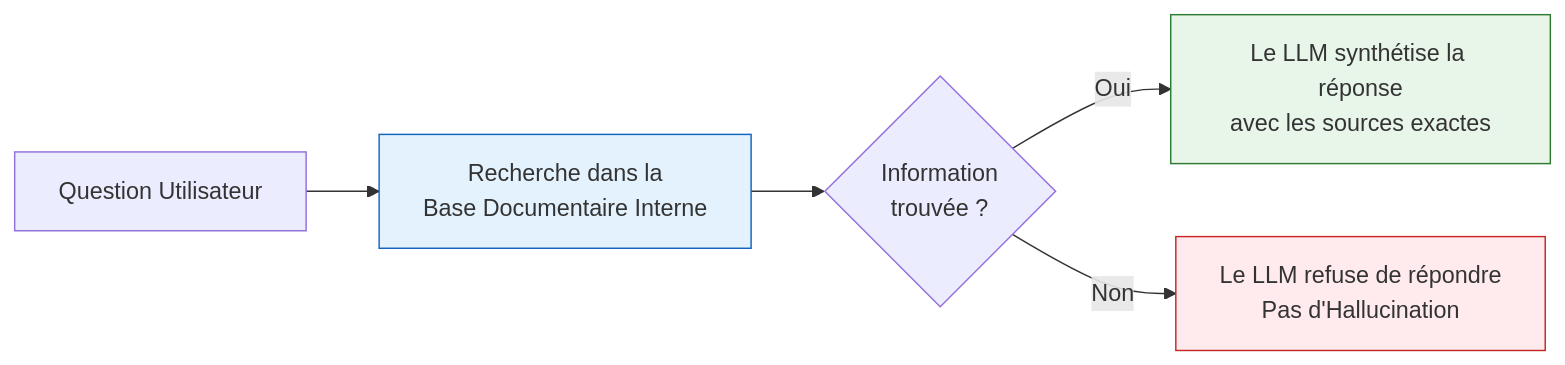
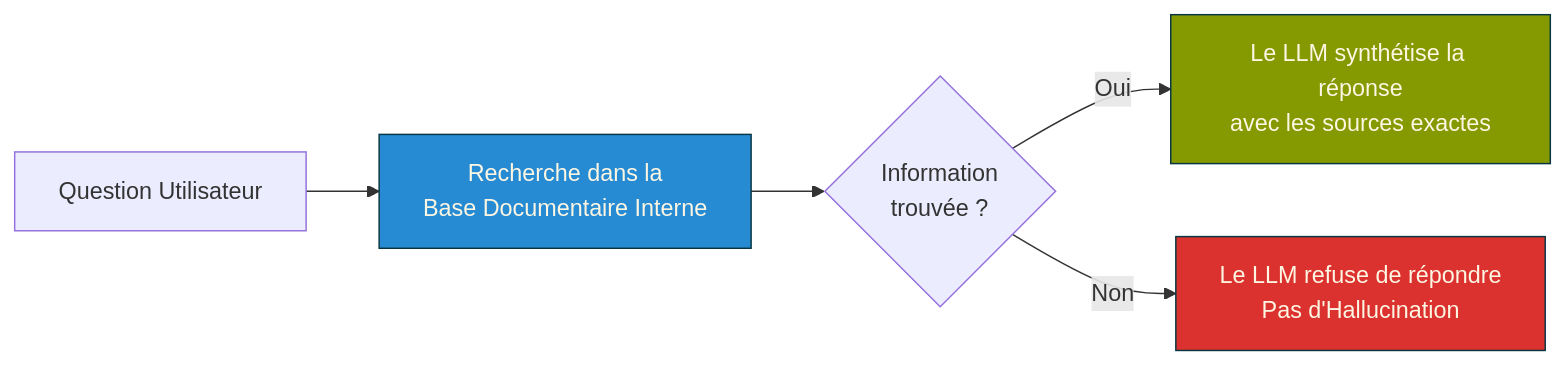
Before and after one commit to aptitek/aptispace-datascience: the diagram in cours/7_communication/_73_transparence_limites.qmd, drawn with Mermaid. The commit also changed 35 other files, not shown here.

````diff
--- a/cours/7_communication/_73_transparence_limites.qmd
+++ b/cours/7_communication/_73_transparence_limites.qmd
@@ -43,12 +43,12 @@
 ```{mermaid}
 flowchart LR
     A[Question Utilisateur] --> B[Recherche dans la\nBase Documentaire Interne]
     B --> C{Information\ntrouvée ?}
     C -->|Oui| D[Le LLM synthétise la réponse\navec les sources exactes]
     C -->|Non| E[Le LLM refuse de répondre\nPas d'Hallucination]
     
-    style B fill:#e3f2fd,stroke:#1565c0
-    style D fill:#e8f5e9,stroke:#2e7d32
-    style E fill:#ffebee,stroke:#c62828
+    style B fill:#268bd2,stroke:#073642,color:#fdf6e3
+    style D fill:#859900,stroke:#073642,color:#fdf6e3
+    style E fill:#dc322f,stroke:#073642,color:#fdf6e3
 
 ```
````
